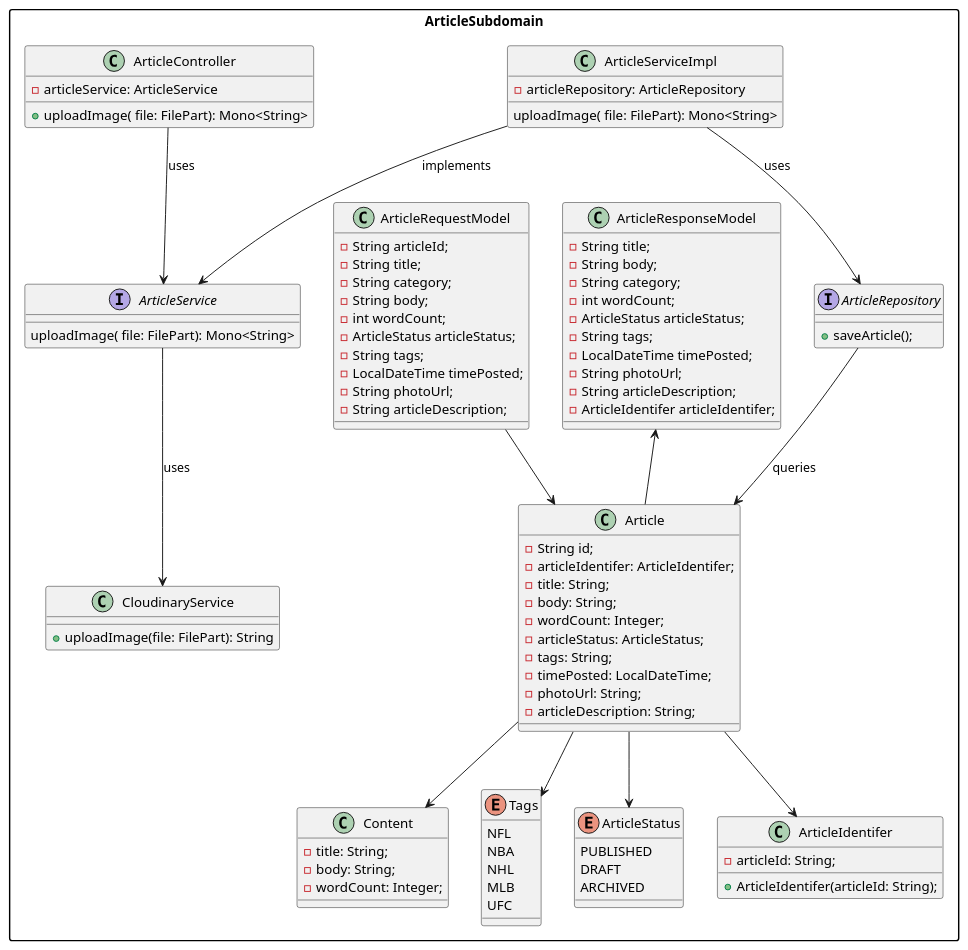
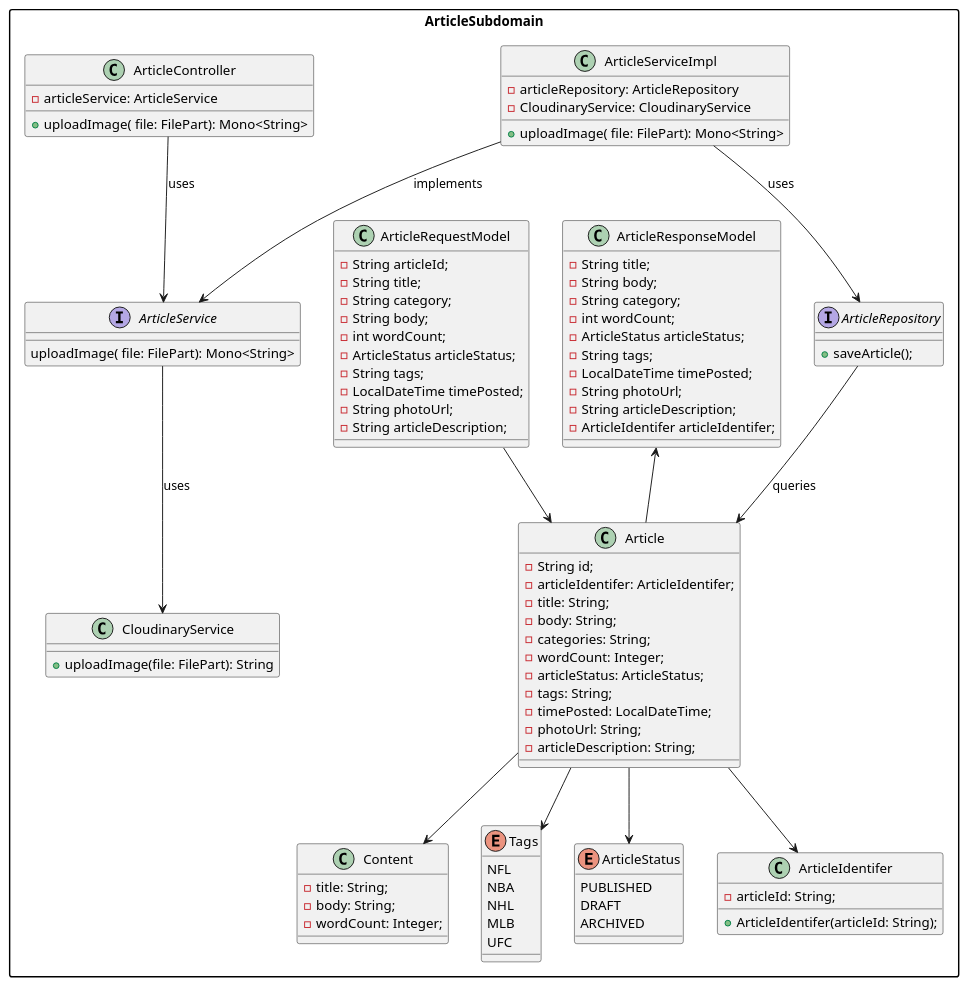
Before and after one commit to Valthefirst/league_alerts-ChamplainECP: the diagram in Diagrams/Sprints/Sprint3-Diagrams/DLCD/DLCDUploadImage.puml, drawn with PlantUML. The commit also changed 10 other files, not shown here.

Commit message:
added diagrams and changed axios url to match deployment

```diff
--- a/Diagrams/Sprints/Sprint3-Diagrams/DLCD/DLCDUploadImage.puml
+++ b/Diagrams/Sprints/Sprint3-Diagrams/DLCD/DLCDUploadImage.puml
@@ -1,109 +1,112 @@
 @startuml editArticles
 skinparam packageStyle rectangle
 
 package "ArticleSubdomain" {
 
     class ArticleController {
         -articleService: ArticleService
        + uploadImage( file: FilePart): Mono<String>
     }
 
     class ArticleResponseModel {
         - String title;
         - String body;
         - String category;
         - int wordCount;
         - ArticleStatus articleStatus;
         - String tags;
         - LocalDateTime timePosted;
         - String photoUrl;
         - String articleDescription;
         - ArticleIdentifer articleIdentifer;
     }
 
     class ArticleRequestModel {
         - String articleId;
         - String title;
         - String category;
         - String body;
         - int wordCount;
         - ArticleStatus articleStatus;
         - String tags;
         - LocalDateTime timePosted;
         - String photoUrl;
         - String articleDescription;
     } 
 
     interface ArticleService {
     uploadImage( file: FilePart): Mono<String>
 
       }
 
     class ArticleServiceImpl {
         - articleRepository: ArticleRepository
-        uploadImage( file: FilePart): Mono<String>
+        -CloudinaryService: CloudinaryService
+        + uploadImage( file: FilePart): Mono<String>
+        
         }
 
     interface ArticleRepository {
         + saveArticle();
     }
 
     class Article {
         - String id;
         - articleIdentifer: ArticleIdentifer;
         - title: String;
         - body: String;
+        - categories: String;
         - wordCount: Integer;
         - articleStatus: ArticleStatus;
         - tags: String;
         - timePosted: LocalDateTime;
         - photoUrl: String;
         - articleDescription: String;
     }
 
     class Content {
         - title: String;
         - body: String;
         - wordCount: Integer;
     }
 
     enum Tags {
         NFL
         NBA
         NHL
         MLB
         UFC
     }
 
     enum ArticleStatus {
         PUBLISHED
         DRAFT
         ARCHIVED
     }
 
     class ArticleIdentifer {
         - articleId: String;
         + ArticleIdentifer(articleId: String);
     }
 
 
   class CloudinaryService{
         + uploadImage(file: FilePart): String
         
     }
 
     ArticleService --> CloudinaryService : uses
     ArticleResponseModel <-- Article
     ArticleRequestModel --> Article
     ArticleController --> ArticleService : uses
     ArticleServiceImpl --> ArticleService : implements
     ArticleServiceImpl --> ArticleRepository : uses
     ArticleRepository --> Article : queries
     Article --> ArticleIdentifer
     Article --> Content
     Article --> ArticleStatus
     Article --> Tags
 
 }
 
 @enduml
```
